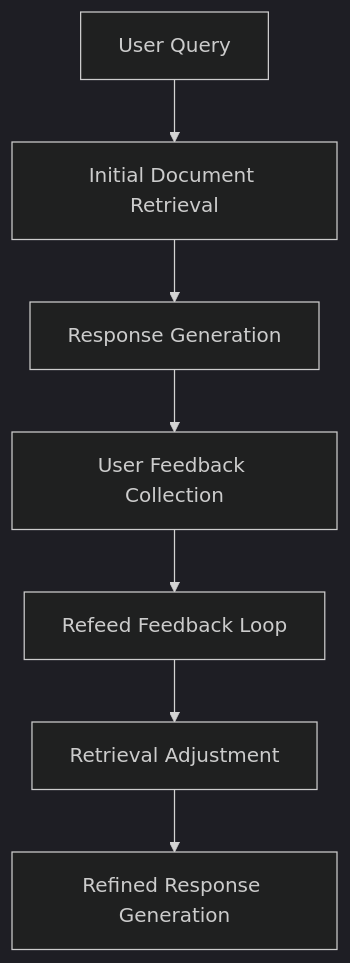
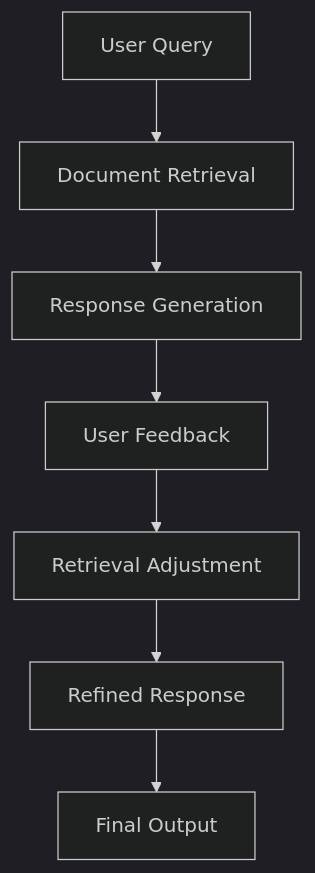
The sixth of 25 diagrams in Readme.md (Dinuk-Di/RAG-Architectures), drawn with Mermaid (dark theme) before and after one commit. The commit also changed other lines of this file, not shown here.

````diff
--- a/Readme.md
+++ b/Readme.md
@@ -105,9 +133,9 @@
 ```mermaid
 flowchart TD
-    A[User Query] --> B[Initial Document Retrieval]
+    A[User Query] --> B[Document Retrieval]
     B --> C[Response Generation]
-    C --> D[User Feedback Collection]
-    D --> E[Refeed Feedback Loop]
-    E --> F[Retrieval Adjustment]
-    F --> G[Refined Response Generation]
+    C --> D[User Feedback]
+    D --> E[Retrieval Adjustment]
+    E --> F[Refined Response]
+    F --> G[Final Output]
 ```
````
